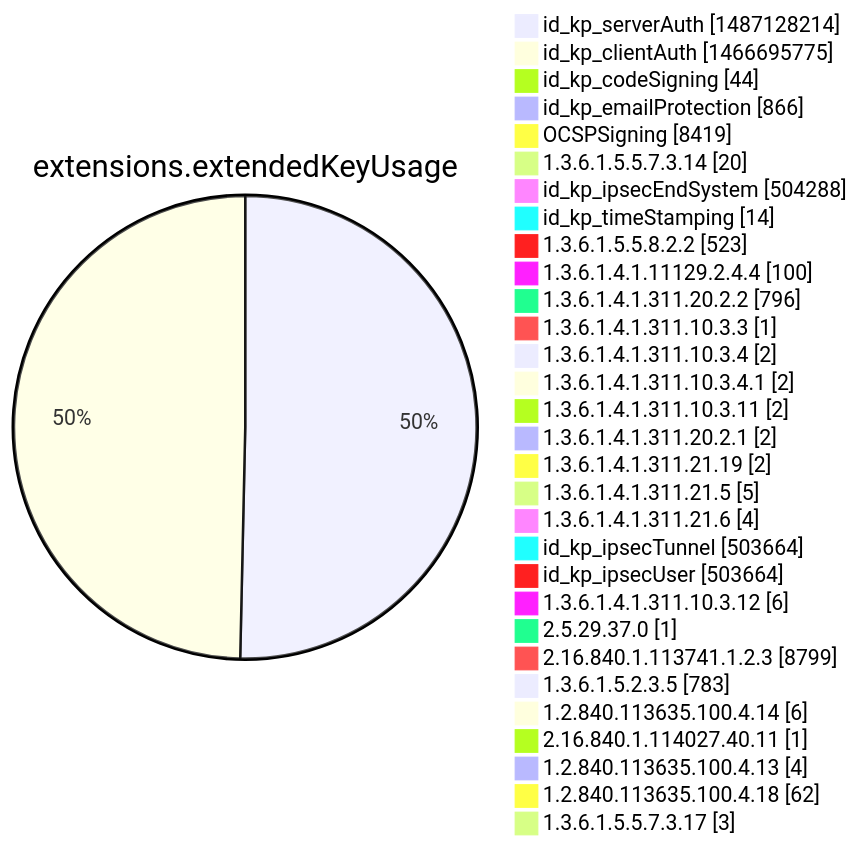
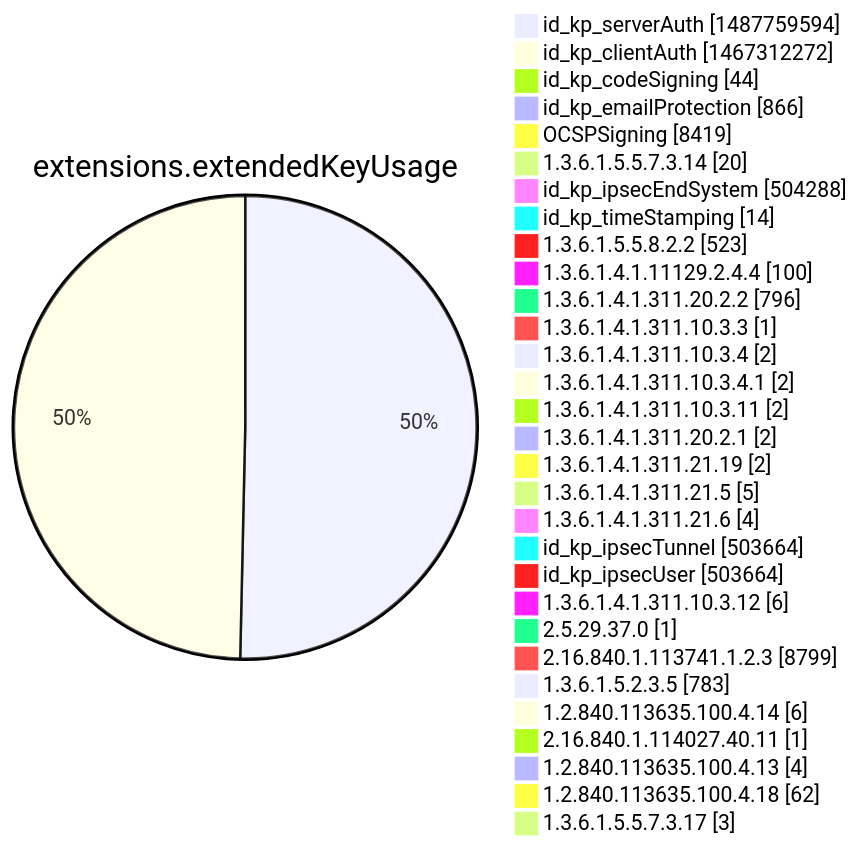
Before and after one commit to christiankrug/ctmonitor_visualization: diagram 12 of 15 in argon2022/README.md, drawn with Mermaid. The commit also changed other lines of this file, not shown here.

````diff
--- a/argon2022/README.md
+++ b/argon2022/README.md
@@ -3555,34 +3555,34 @@
 ```mermaid
 pie showData
 title extensions.extendedKeyUsage
-"id_kp_serverAuth" :1487128214
-"id_kp_clientAuth" :1466695775
+"id_kp_serverAuth" :1487759594
+"id_kp_clientAuth" :1467312272
 "id_kp_codeSigning" :44
 "id_kp_emailProtection" :866
 "OCSPSigning" :8419
 "1.3.6.1.5.5.7.3.14" :20
 "id_kp_ipsecEndSystem" :504288
 "id_kp_timeStamping" :14
 "1.3.6.1.5.5.8.2.2" :523
 "1.3.6.1.4.1.11129.2.4.4" :100
 "1.3.6.1.4.1.311.20.2.2" :796
 "1.3.6.1.4.1.311.10.3.3" :1
 "1.3.6.1.4.1.311.10.3.4" :2
 "1.3.6.1.4.1.311.10.3.4.1" :2
 "1.3.6.1.4.1.311.10.3.11" :2
 "1.3.6.1.4.1.311.20.2.1" :2
 "1.3.6.1.4.1.311.21.19" :2
 "1.3.6.1.4.1.311.21.5" :5
 "1.3.6.1.4.1.311.21.6" :4
 "id_kp_ipsecTunnel" :503664
 "id_kp_ipsecUser" :503664
 "1.3.6.1.4.1.311.10.3.12" :6
 "2.5.29.37.0" :1
 "2.16.840.1.113741.1.2.3" :8799
 "1.3.6.1.5.2.3.5" :783
 "1.2.840.113635.100.4.14" :6
 "2.16.840.1.114027.40.11" :1
 "1.2.840.113635.100.4.13" :4
 "1.2.840.113635.100.4.18" :62
 "1.3.6.1.5.5.7.3.17" :3
 ```
````
